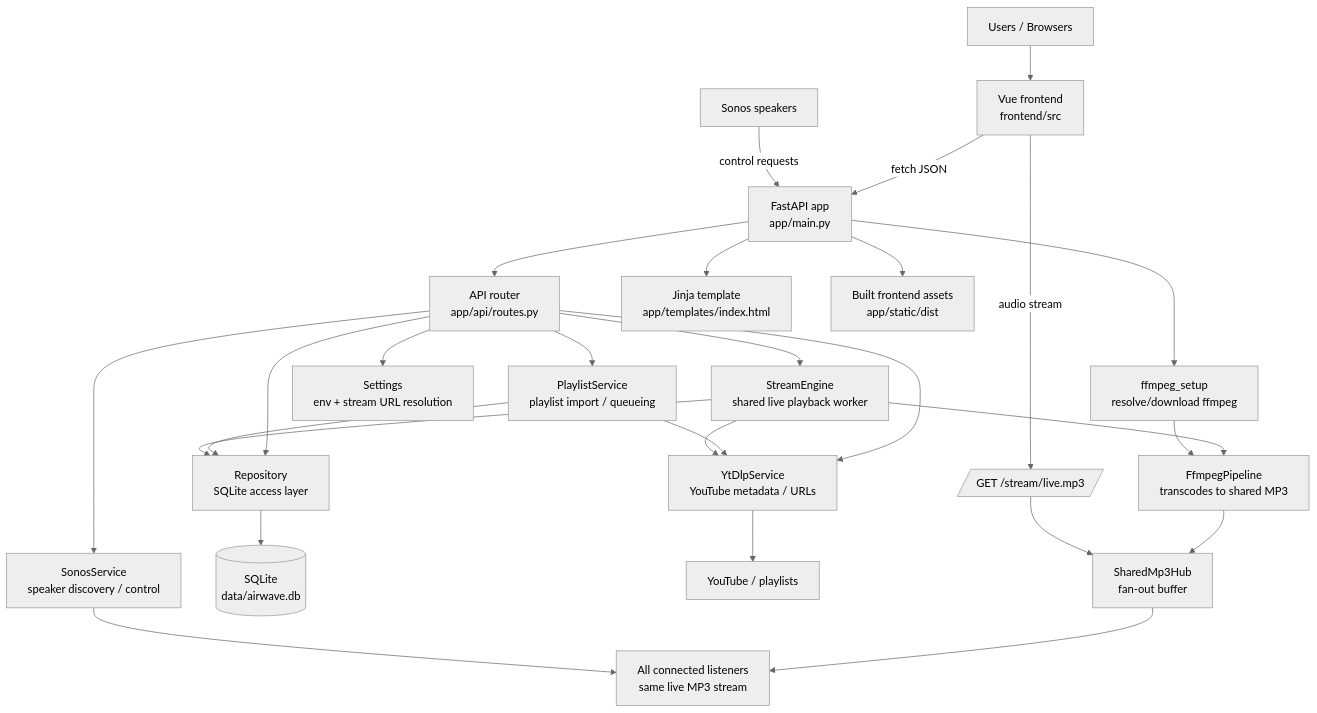
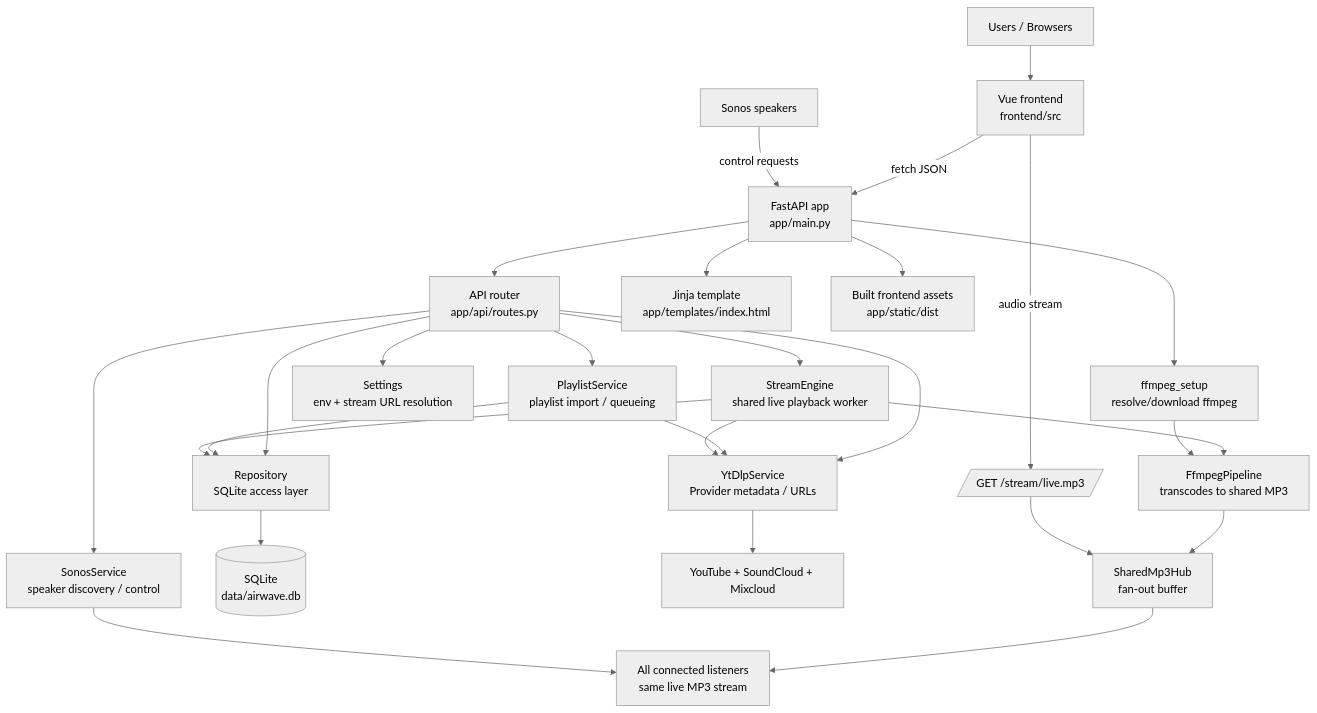
The diagram in README.md (76696265636f646572/MyTube), drawn with Mermaid (neutral theme) before and after one commit. The commit also changed other lines of this file and 22 other files, not shown here.

````diff
--- a/README.md
+++ b/README.md
@@ -95,32 +101,32 @@
 ```mermaid
 flowchart TD
     U[Users / Browsers] --> V[Vue frontend<br/>frontend/src]
     V -->|fetch JSON| API[FastAPI app<br/>app/main.py]
     V -->|audio stream| STREAM[/GET /stream/live.mp3/]
     S[Sonos speakers] -->|control requests| API
     API --> ROUTES[API router<br/>app/api/routes.py]
     API --> TEMPLATES[Jinja template<br/>app/templates/index.html]
     API --> STATIC[Built frontend assets<br/>app/static/dist]
 
     ROUTES --> PLAYLIST[PlaylistService<br/>playlist import / queueing]
     ROUTES --> ENGINE[StreamEngine<br/>shared live playback worker]
     ROUTES --> SONOS[SonosService<br/>speaker discovery / control]
-    ROUTES --> YTDLP[YtDlpService<br/>YouTube metadata / URLs]
+    ROUTES --> YTDLP[YtDlpService<br/>Provider metadata / URLs]
     ROUTES --> REPO[Repository<br/>SQLite access layer]
     ROUTES --> SETTINGS[Settings<br/>env + stream URL resolution]
 
     PLAYLIST --> YTDLP
     PLAYLIST --> REPO
     ENGINE --> REPO
     ENGINE --> YTDLP
     ENGINE --> FFMPEG[FfmpegPipeline<br/>transcodes to shared MP3]
     API --> FSETUP[ffmpeg_setup<br/>resolve/download ffmpeg]
     FSETUP --> FFMPEG
 
     REPO --> DB[(SQLite<br/>data/airwave.db)]
-    YTDLP --> YTB[YouTube / playlists]
+    YTDLP --> YTB[YouTube + SoundCloud + Mixcloud]
     FFMPEG --> HUB[SharedMp3Hub<br/>fan-out buffer]
     STREAM --> HUB
     HUB --> LISTENERS[All connected listeners<br/>same live MP3 stream]
     SONOS --> LISTENERS
 ```
````
